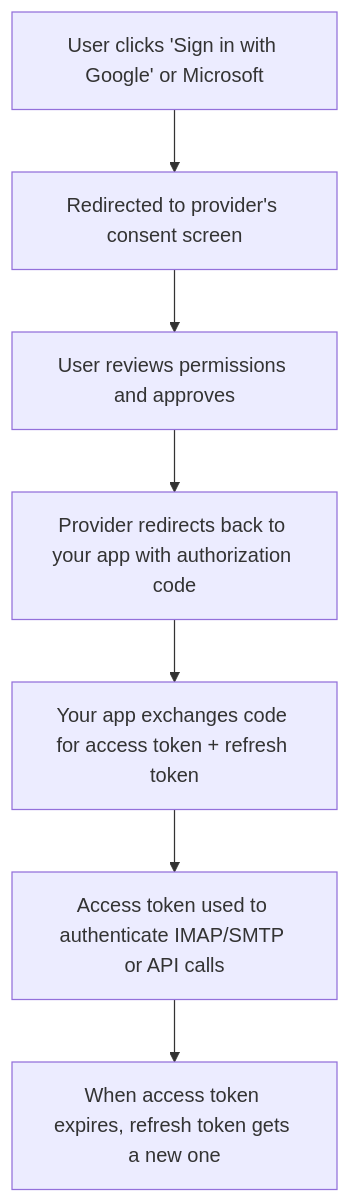
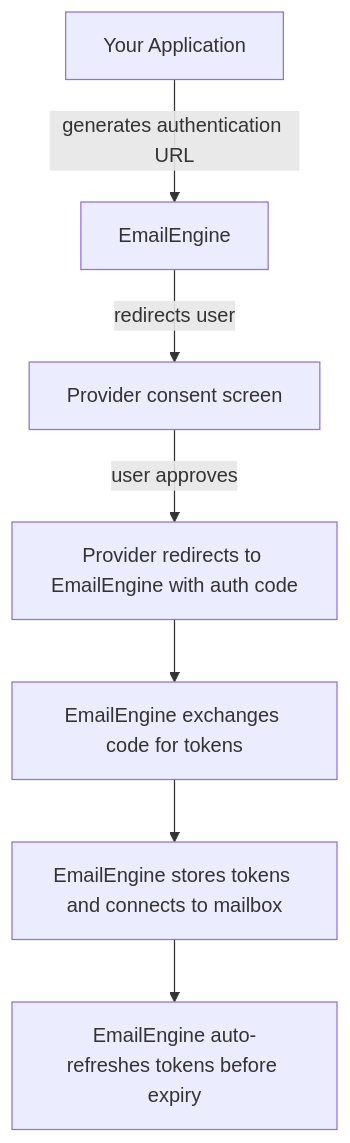
One commit to postalsys/learn-emailengine-app changed the diagram in docs/accounts/oauth2-setup.md. Above: the diagram before and after it, drawn with Mermaid. The commit also changed other lines of this file, not shown here.

Commit message:
Make OAuth2 flow diagram EmailEngine-specific

````diff
--- a/docs/accounts/oauth2-setup.md
+++ b/docs/accounts/oauth2-setup.md
@@ -49,9 +49,9 @@
 ```mermaid
 flowchart TD
-    A[User clicks 'Sign in with Google' or Microsoft] --> B[Redirected to provider's consent screen]
-    B --> C[User reviews permissions and approves]
-    C --> D[Provider redirects back to your app with authorization code]
-    D --> E[Your app exchanges code for access token + refresh token]
-    E --> F[Access token used to authenticate IMAP/SMTP or API calls]
-    F --> G[When access token expires, refresh token gets a new one]
+    A[Your Application] -->|generates authentication URL| B[EmailEngine]
+    B -->|redirects user| C[Provider consent screen]
+    C -->|user approves| D[Provider redirects to EmailEngine with auth code]
+    D --> E[EmailEngine exchanges code for tokens]
+    E --> F[EmailEngine stores tokens and connects to mailbox]
+    F --> G[EmailEngine auto-refreshes tokens before expiry]
 ```
````
